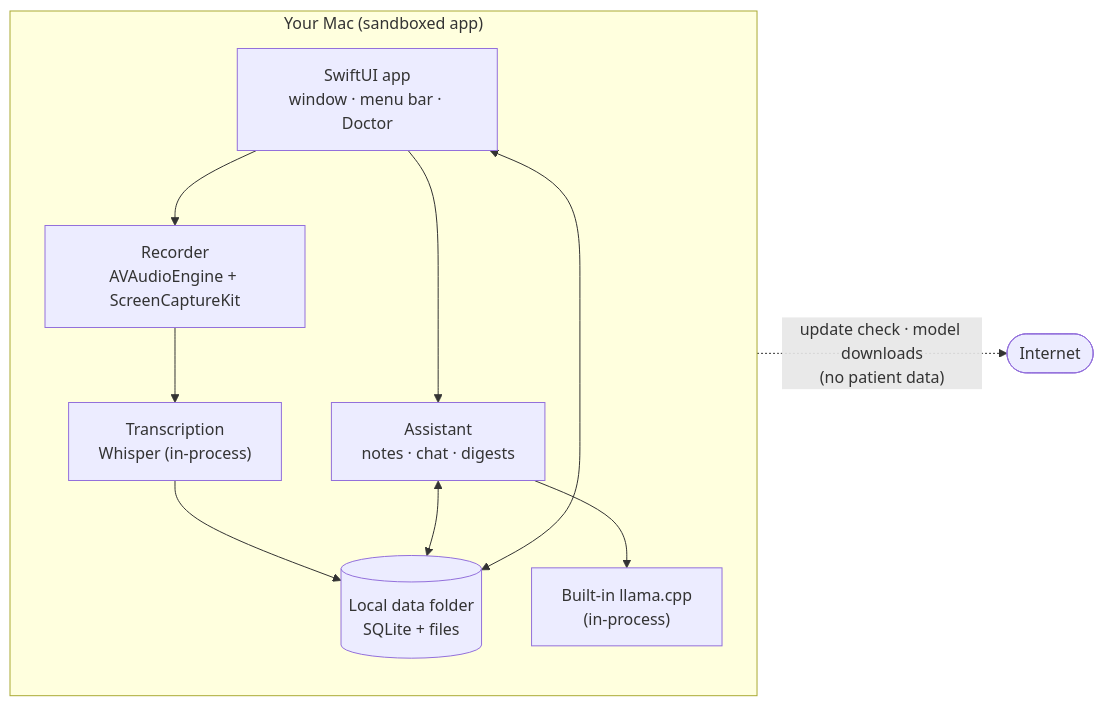
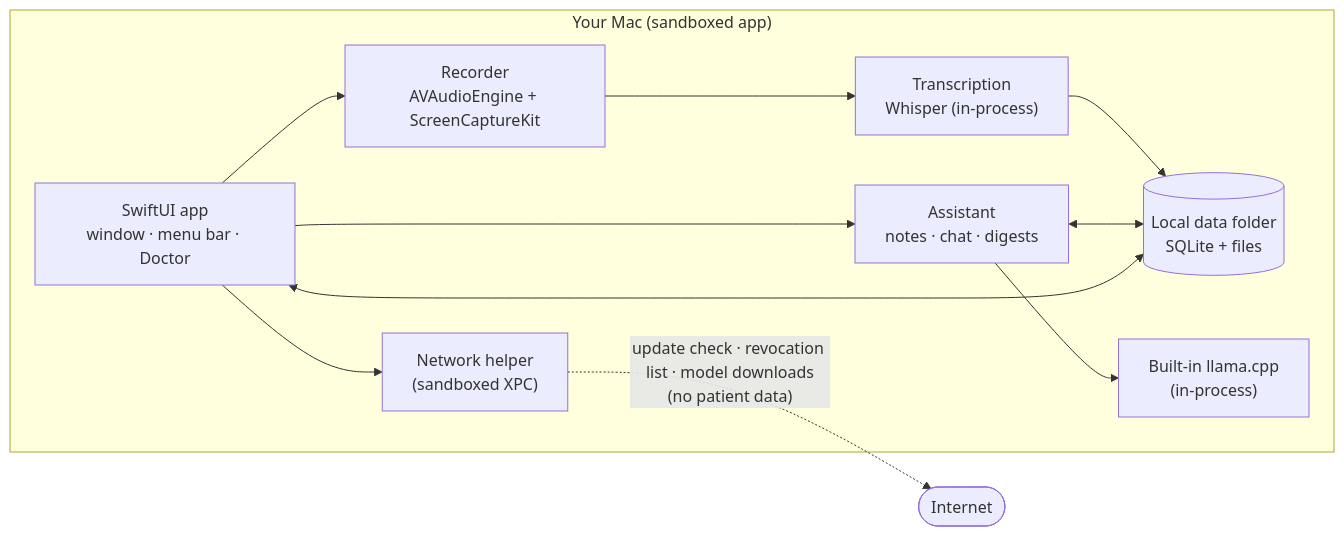
Before and after one commit to mgwedd/aletheia: the first of 3 diagrams in README.md, drawn with Mermaid. The commit also changed other lines of this file and 1 other file, not shown here.

First line of the commit message:
docs: sweep the README and add testing, CI/CD and privacy check sections

````diff
--- a/README.md
+++ b/README.md
@@ -69,17 +51,19 @@
 ```mermaid
 flowchart LR
   subgraph Mac["Your Mac (sandboxed app)"]
     UI["SwiftUI app<br/>window · menu bar · Doctor"]
     REC["Recorder<br/>AVAudioEngine + ScreenCaptureKit"]
     STT["Transcription<br/>Whisper (in-process)"]
     AI["Assistant<br/>notes · chat · digests"]
     DB[("Local data folder<br/>SQLite + files")]
     LLM["Built-in llama.cpp<br/>(in-process)"]
+    HLP["Network helper<br/>(sandboxed XPC)"]
     UI --> REC --> STT --> DB
     UI --> AI --> LLM
     AI <--> DB
     UI <--> DB
+    UI --> HLP
   end
   NET(["Internet"])
-  Mac -. "update check · model downloads<br/>(no patient data)" .-> NET
+  HLP -. "update check · revocation list · model downloads<br/>(no patient data)" .-> NET
 ```
````
